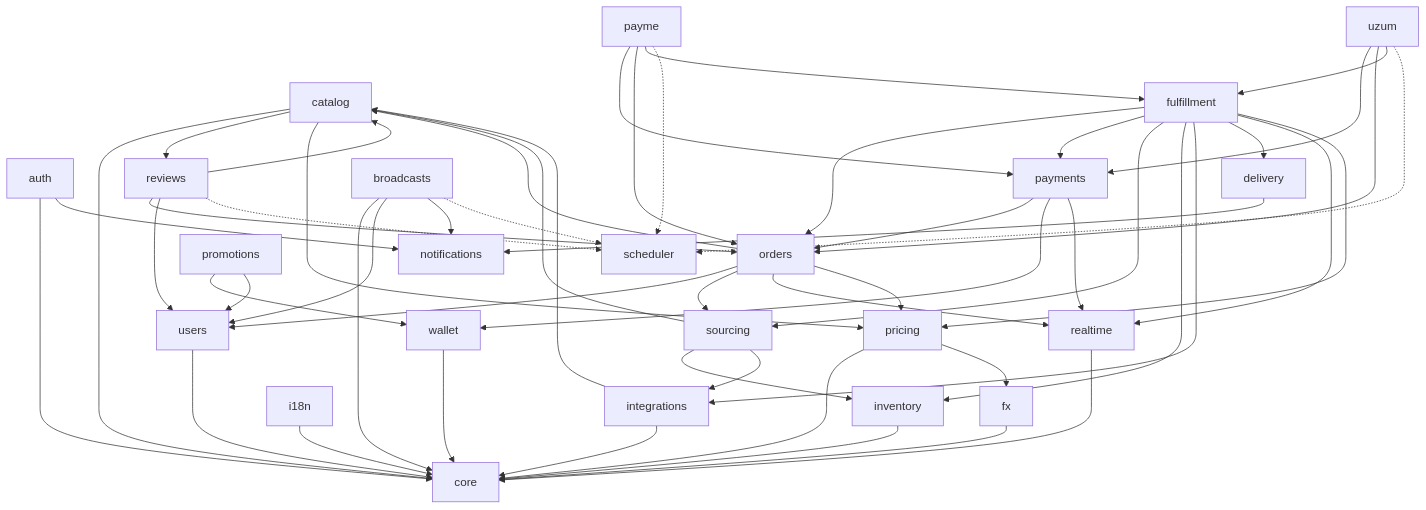
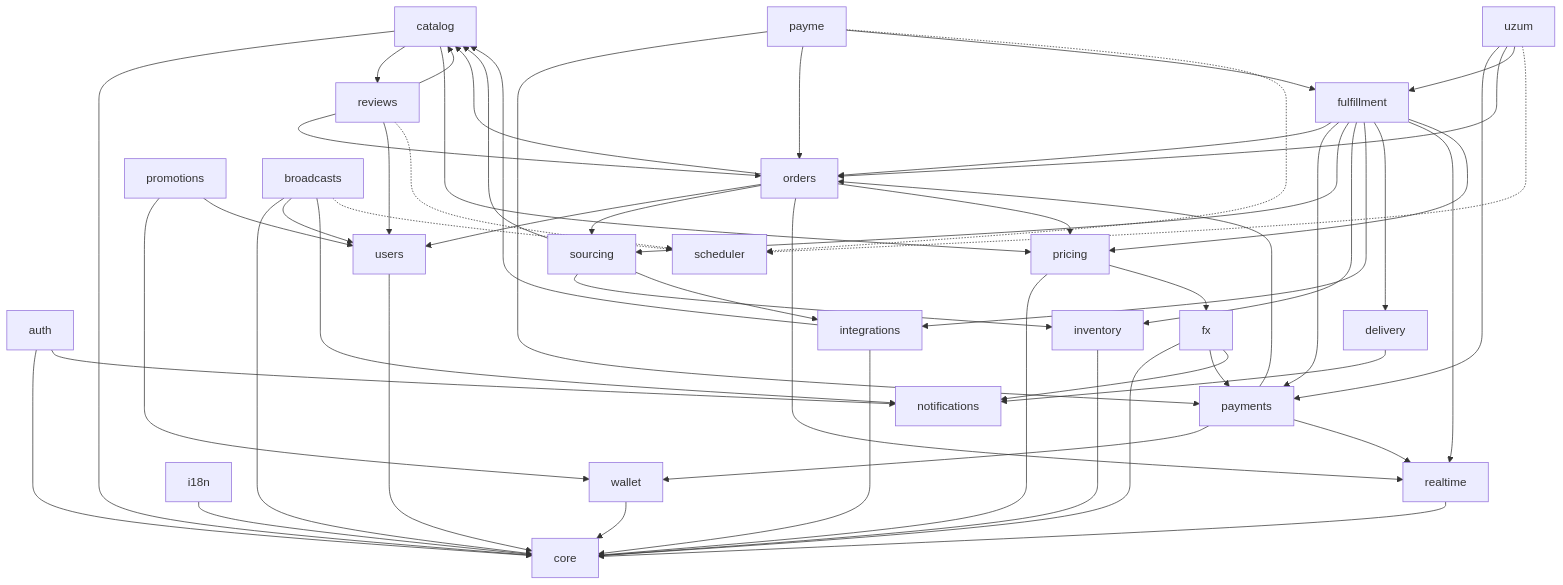
One commit to jamaomonov/yupay changed the diagram in docs/architecture/module-map.md. Above: the diagram before and after it, drawn with Mermaid. The commit also changed other lines of this file and 41 other files, not shown here.

````diff
--- a/docs/architecture/module-map.md
+++ b/docs/architecture/module-map.md
@@ -38,59 +38,61 @@
 ```mermaid
 flowchart TB
     auth --> core
     auth --> notifications
     users --> core
     catalog --> core
     inventory --> core
     integrations --> core
     integrations --> catalog
     sourcing --> catalog
     sourcing --> inventory
     sourcing --> integrations
     orders --> catalog
     orders --> users
     orders --> sourcing
     reviews --> catalog
     reviews --> orders
     reviews --> users
     catalog --> reviews
     reviews -.-> scheduler
     payments --> orders
     payments --> wallet
     payme --> payments
     payme --> orders
     payme --> fulfillment
     payme -.-> scheduler
     uzum --> payments
     uzum --> orders
     uzum --> fulfillment
     uzum -.-> scheduler
     click --> payments
     click --> orders
     click -.-> scheduler
     wallet --> core
     promotions --> wallet
     promotions --> users
     fulfillment --> orders
     fulfillment --> payments
     fulfillment --> sourcing
     fulfillment --> inventory
     fulfillment --> integrations
     fulfillment --> delivery
     delivery --> notifications
     orders --> realtime
     payments --> realtime
     fulfillment --> realtime
     realtime --> core
     fx --> core
+    fx --> payments
+    fx --> notifications
     pricing --> core
     pricing --> fx
     catalog --> pricing
     orders --> pricing
     fulfillment --> pricing
     i18n --> core
     broadcasts --> core
     broadcasts --> users
     broadcasts --> notifications
     broadcasts -.-> scheduler
 ```
````
